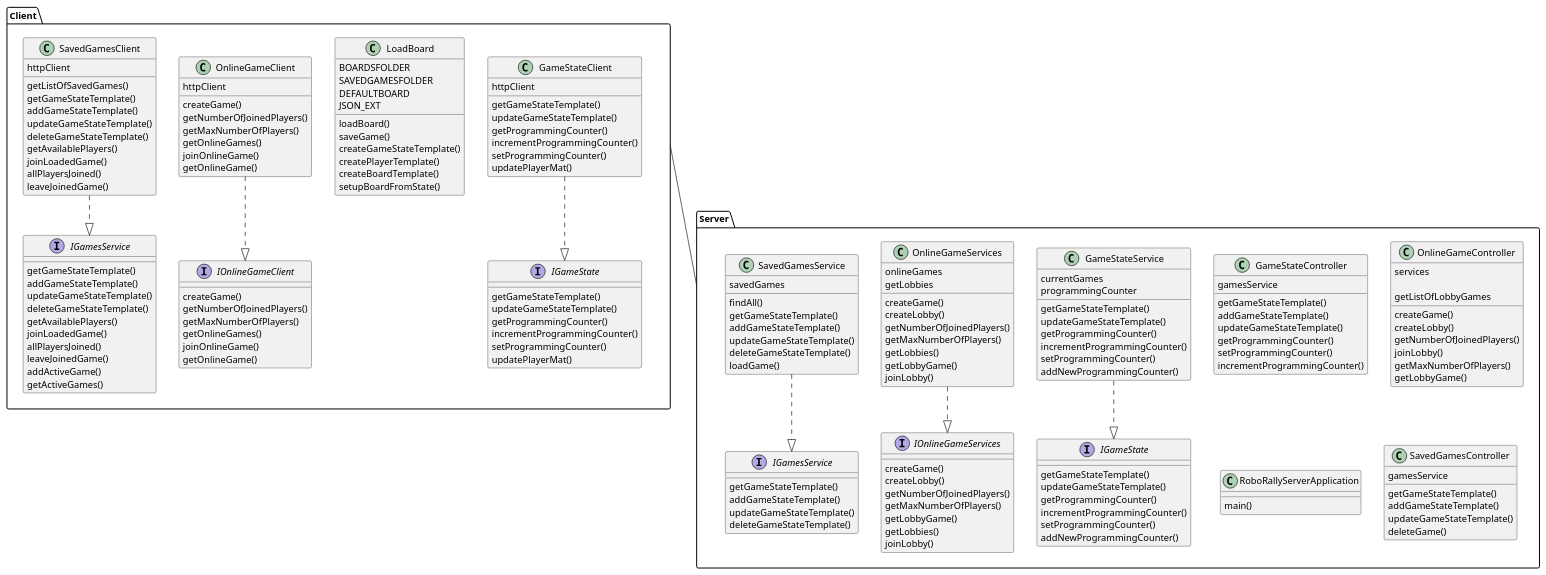
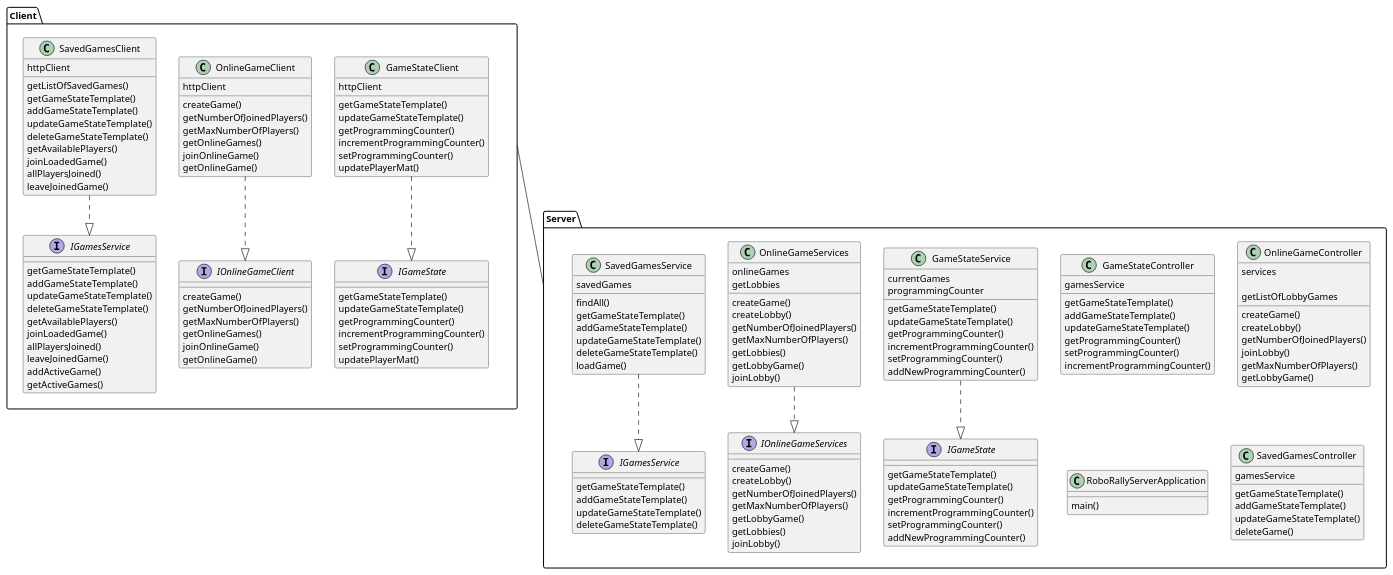
The diagram in PlantUML/WebClassDiagram.puml (MarkBidstrup/RoboRally), drawn with PlantUML before and after one commit.

Commit message:
Removed LoadBoard client side

```diff
--- a/PlantUML/WebClassDiagram.puml
+++ b/PlantUML/WebClassDiagram.puml
@@ -11,20 +11,6 @@
         incrementProgrammingCounter()
         setProgrammingCounter()
         updatePlayerMat()
-    }
-
-    class LoadBoard {
-        BOARDSFOLDER
-        SAVEDGAMESFOLDER
-        DEFAULTBOARD
-        JSON_EXT
-
-        loadBoard()
-        saveGame()
-        createGameStateTemplate()
-        createPlayerTemplate()
-        createBoardTemplate()
-        setupBoardFromState()
     }
 
     class OnlineGameClient {
```
